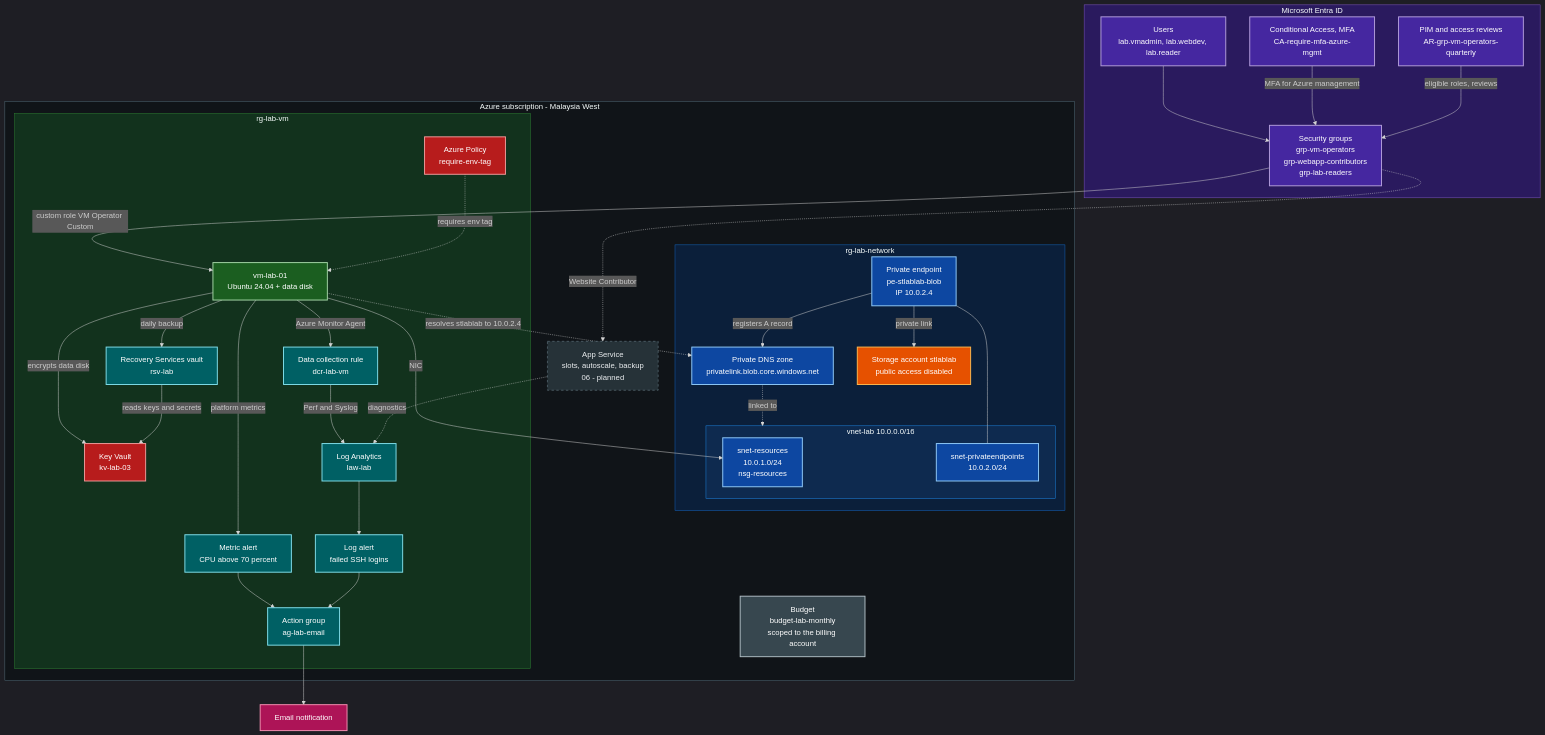
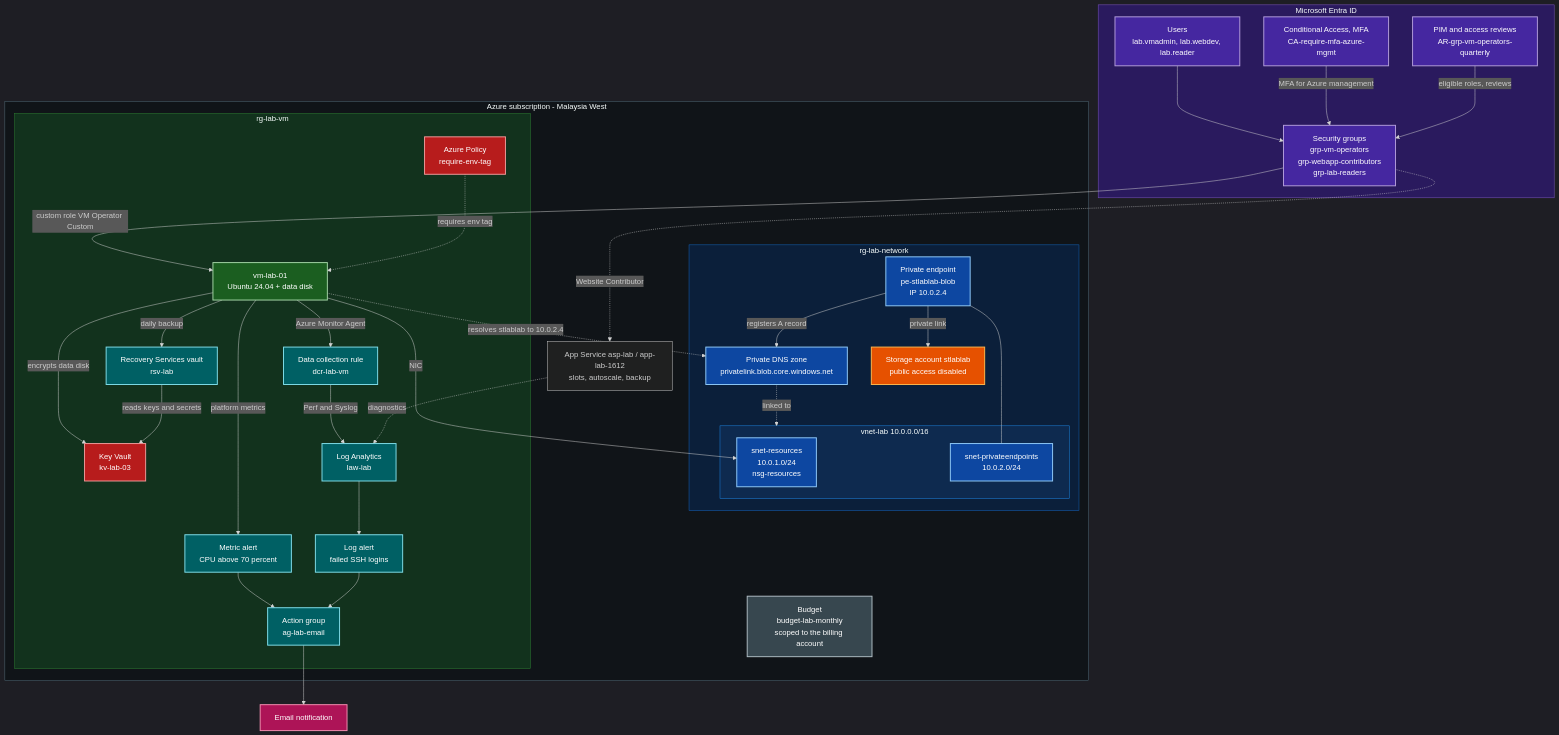
Before and after one commit to tttaufiqqq/azure-az104-lab: the diagram in README.md, drawn with Mermaid. The commit also changed other lines of this file, not shown here.

First line of the commit message:
Link the web app repo and drop the project mapping table

```diff
--- a/README.md
+++ b/README.md
@@ -48,7 +48,7 @@
             RSV["Recovery Services vault<br/>rsv-lab"]
         end
 
-        APP["App Service<br/>slots, autoscale, backup<br/>06 - planned"]
+        APP["App Service asp-lab / app-lab-1612<br/>slots, autoscale, backup"]
     end
 
     EMAIL["Email notification"]
@@ -87,7 +87,6 @@
     classDef mon fill:#006064,stroke:#80deea,color:#ffffff,stroke-width:2px
     classDef gov fill:#37474f,stroke:#b0bec5,color:#ffffff,stroke-width:2px
     classDef notify fill:#ad1457,stroke:#f48fb1,color:#ffffff,stroke-width:2px
-    classDef planned fill:#263238,stroke:#78909c,color:#eceff1,stroke-dasharray: 5 5
 
     class USERS,GROUPS,CA,PIM ident
     class SNET1,SNET2,PE,DNS net
@@ -97,7 +96,6 @@
     class DCR,LAW,AMETRIC,ALOG,AG,RSV mon
     class BUDGET gov
     class EMAIL notify
-    class APP planned
 
     style ENTRA fill:#2a1a5e,stroke:#7e57c2
     style RGN fill:#0b1f3a,stroke:#1565c0
```
